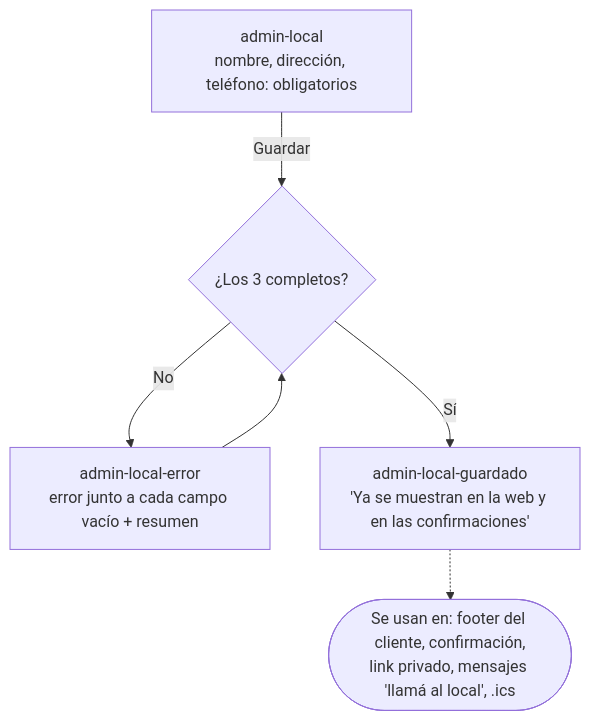
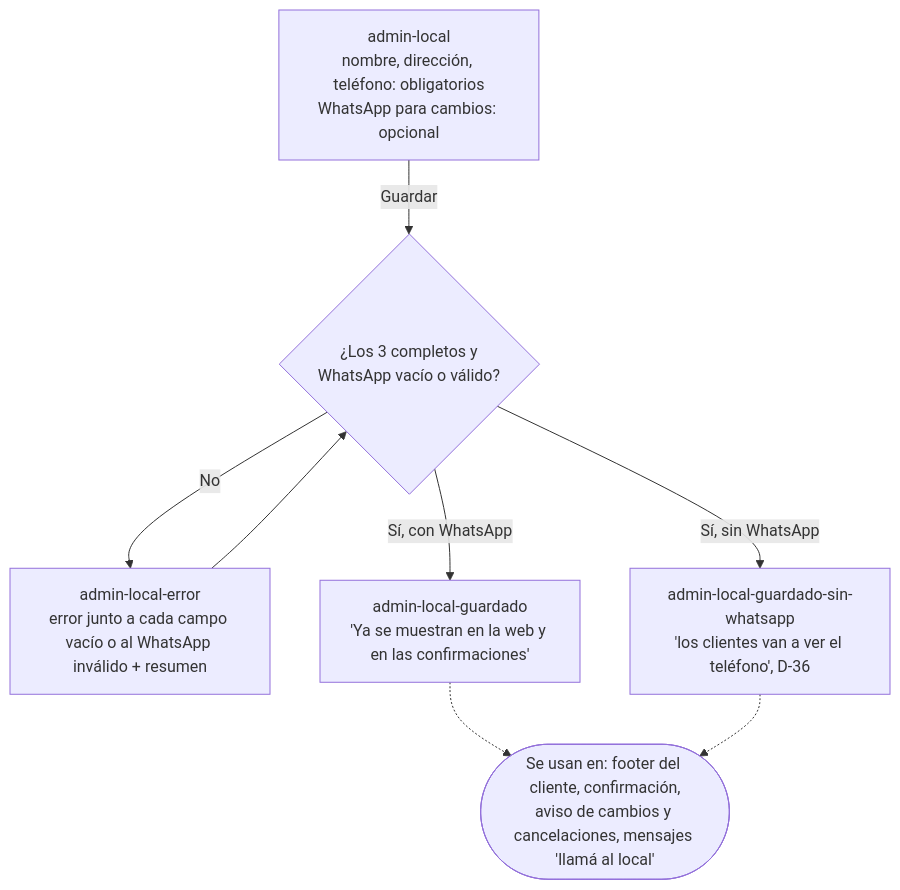
One commit to gm2dev/coop-agents-design changed diagram 12 of 16 in initiatives/turnos-peluqueria-mvp/flows.md. Above: the diagram before and after it, drawn with Mermaid. The commit also changed other lines of this file and 102 other files, not shown here.

Commit message:
feat(turnos-peluqueria-mvp): quitar link privado, cambiar/cancelar del cliente y calendario; aviso de contacto por WhatsApp (D-33 a D-36, DD-37, DD-38; v0.7)

````diff
--- a/initiatives/turnos-peluqueria-mvp/flows.md
+++ b/initiatives/turnos-peluqueria-mvp/flows.md
@@ -190,8 +211,9 @@
 ```mermaid
 flowchart TD
-  f[admin-local<br/>nombre, dirección, teléfono: obligatorios] -->|Guardar| v{¿Los 3 completos?}
-  v -->|No| fe[admin-local-error<br/>error junto a cada campo vacío + resumen]
+  f[admin-local<br/>nombre, dirección, teléfono: obligatorios<br/>WhatsApp para cambios: opcional] -->|Guardar| v{¿Los 3 completos y<br/>WhatsApp vacío o válido?}
+  v -->|No| fe[admin-local-error<br/>error junto a cada campo vacío o al WhatsApp inválido + resumen]
   fe --> v
-  v -->|Sí| ok[admin-local-guardado<br/>'Ya se muestran en la web y en las confirmaciones']
-  ok -.-> use([Se usan en: footer del cliente, confirmación,<br/>link privado, mensajes 'llamá al local', .ics])
+  v -->|Sí, con WhatsApp| ok[admin-local-guardado<br/>'Ya se muestran en la web y en las confirmaciones']
+  v -->|Sí, sin WhatsApp| ok2[admin-local-guardado-sin-whatsapp<br/>'los clientes van a ver el teléfono', D-36]
+  ok & ok2 -.-> use([Se usan en: footer del cliente, confirmación,<br/>aviso de cambios y cancelaciones, mensajes 'llamá al local'])
 ```
````
